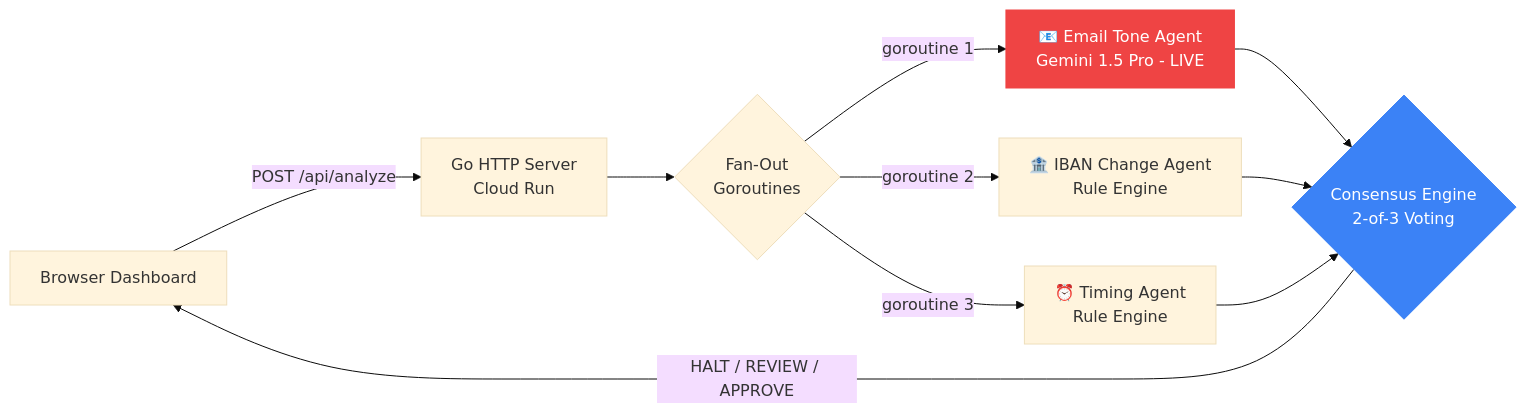
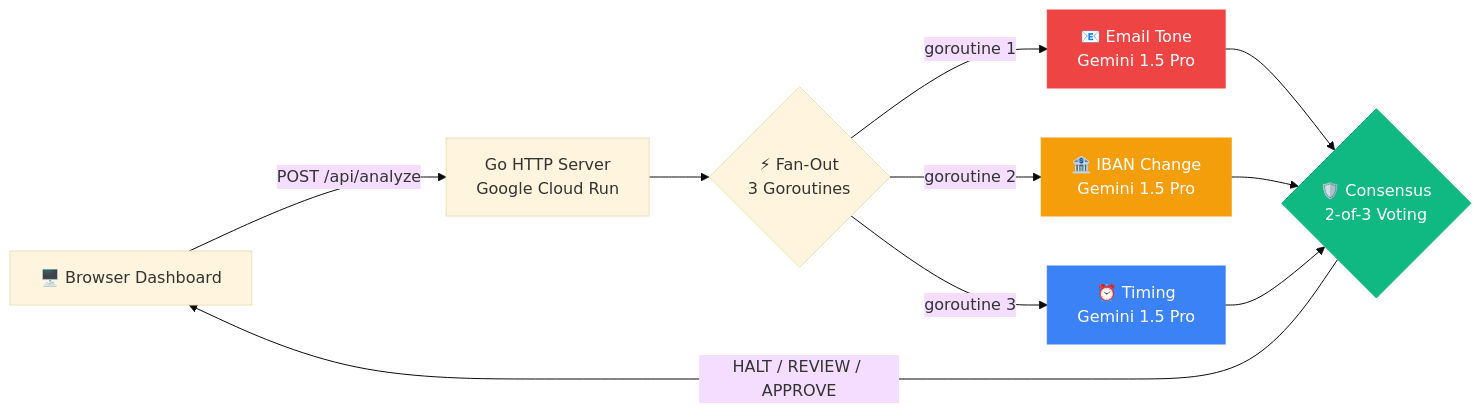
The diagram in README.md (Mutasem-mk4/sentinelAegis), drawn with Mermaid (base theme) before and after one commit. The commit also changed other lines of this file and 2 other files, not shown here.

Commit message:
docs: competition-grade README with API reference, scalability, Mermaid diagram + MIT license

````diff
--- a/README.md
+++ b/README.md
@@ -31,15 +30,17 @@
 ```mermaid
 graph LR
-    A[Browser Dashboard] -->|POST /api/analyze| B[Go HTTP Server<br/>Cloud Run]
-    B --> C{Fan-Out<br/>Goroutines}
-    C -->|goroutine 1| D[📧 Email Tone Agent<br/>Gemini 1.5 Pro - LIVE]
-    C -->|goroutine 2| E[🏦 IBAN Change Agent<br/>Rule Engine]
-    C -->|goroutine 3| F[⏰ Timing Agent<br/>Rule Engine]
-    D --> G{Consensus Engine<br/>2-of-3 Voting}
+    A["🖥️ Browser Dashboard"] -->|"POST /api/analyze"| B["Go HTTP Server<br/>Google Cloud Run"]
+    B --> C{"⚡ Fan-Out<br/>3 Goroutines"}
+    C -->|"goroutine 1"| D["📧 Email Tone<br/>Gemini 1.5 Pro"]
+    C -->|"goroutine 2"| E["🏦 IBAN Change<br/>Gemini 1.5 Pro"]
+    C -->|"goroutine 3"| F["⏰ Timing<br/>Gemini 1.5 Pro"]
+    D --> G{"🛡️ Consensus<br/>2-of-3 Voting"}
     E --> G
     F --> G
-    G -->|HALT / REVIEW / APPROVE| A
+    G -->|"HALT / REVIEW / APPROVE"| A
 
     style D fill:#ef4444,stroke:#ef4444,color:#fff
-    style G fill:#3b82f6,stroke:#3b82f6,color:#fff
+    style E fill:#f59e0b,stroke:#f59e0b,color:#fff
+    style F fill:#3b82f6,stroke:#3b82f6,color:#fff
+    style G fill:#10b981,stroke:#10b981,color:#fff
 ```
````
